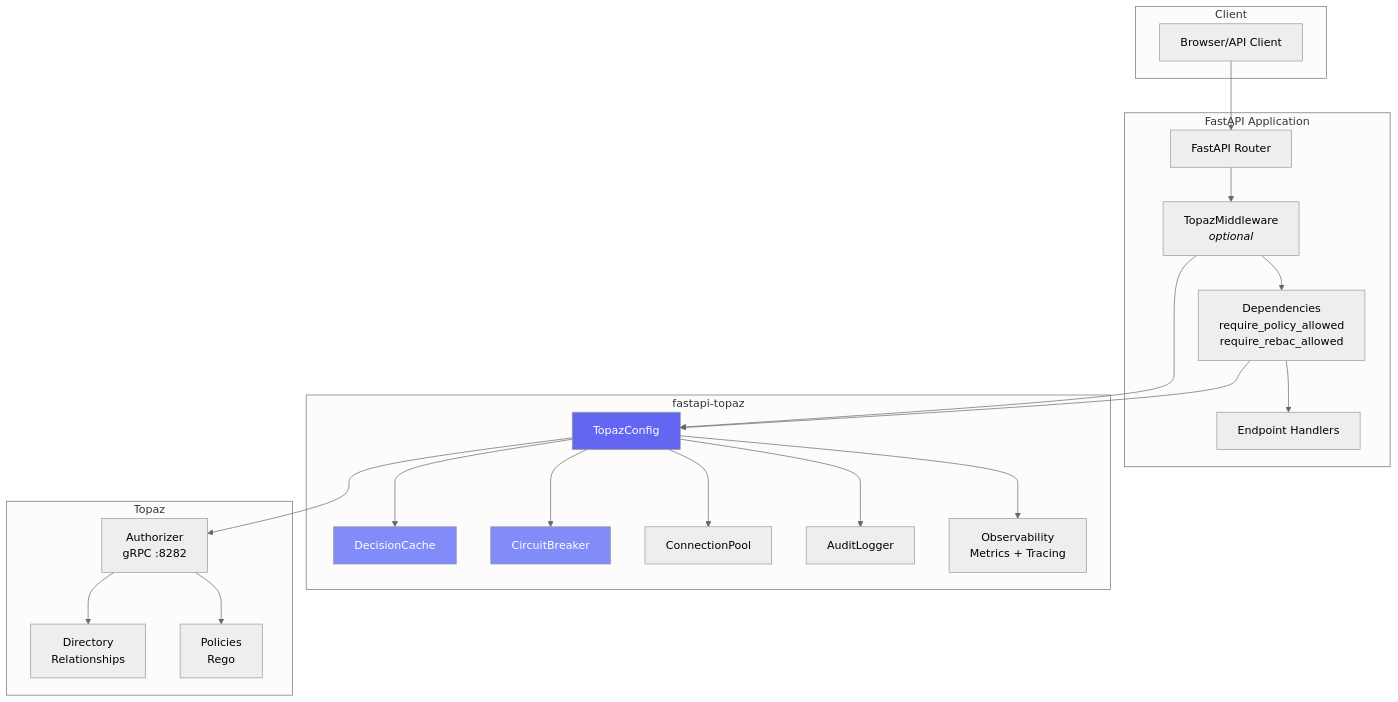
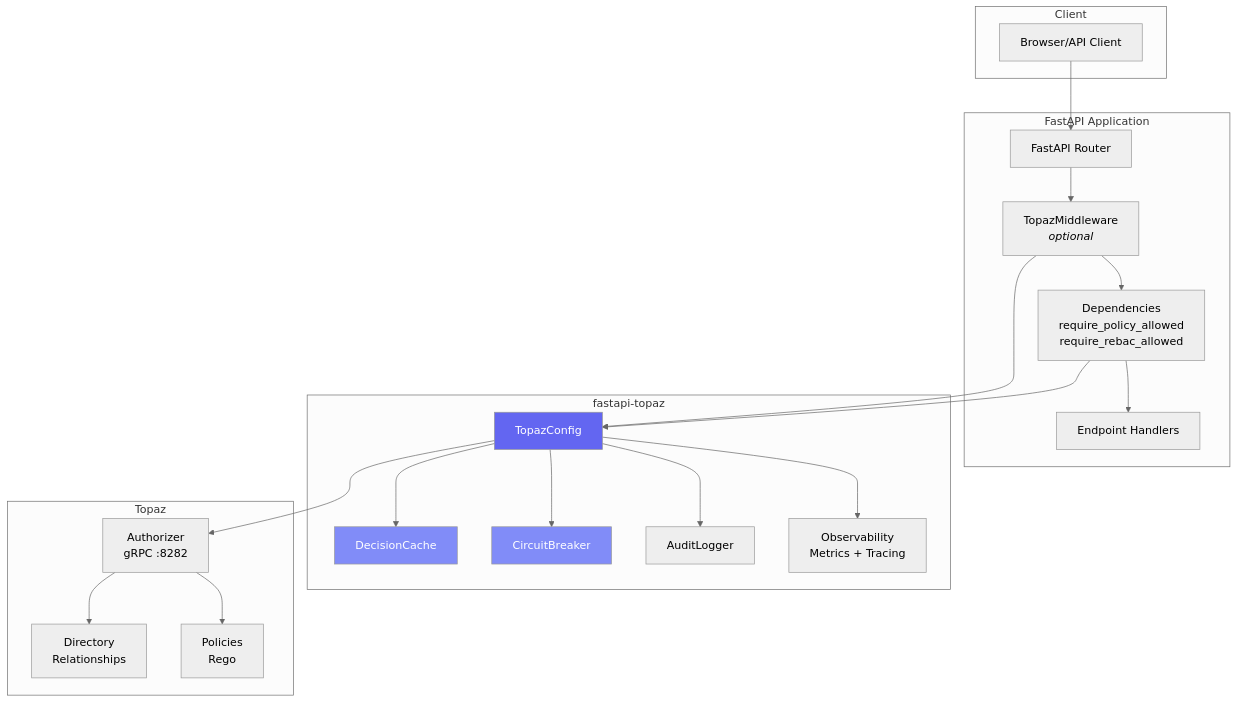
The first of 6 diagrams in docs/explanation/architecture.md (jmanteau/fastapi-topaz), drawn with Mermaid (neutral theme) before and after one commit. The commit also changed other lines of this file and 11 other files, not shown here.

First line of the commit message:
refactor!: remove ConnectionPool

````diff
--- a/docs/explanation/architecture.md
+++ b/docs/explanation/architecture.md
@@ -7,49 +7,47 @@
 ```mermaid
 flowchart TB
     subgraph Client
         B[Browser/API Client]
     end
 
     subgraph FastAPI Application
         F[FastAPI Router]
         M[TopazMiddleware<br/><i>optional</i>]
         D[Dependencies<br/>require_policy_allowed<br/>require_rebac_allowed]
         H[Endpoint Handlers]
     end
 
     subgraph fastapi-topaz
         TC[TopazConfig]
         DC[DecisionCache]
         CB[CircuitBreaker]
-        CP[ConnectionPool]
         AL[AuditLogger]
         OB[Observability<br/>Metrics + Tracing]
     end
 
     subgraph Topaz
         AU[Authorizer<br/>gRPC :8282]
         DS[Directory<br/>Relationships]
         PO[Policies<br/>Rego]
     end
 
     B --> F
     F --> M
     M --> D
     D --> H
 
     TC --> DC
     TC --> CB
-    TC --> CP
     TC --> AL
     TC --> OB
 
     D --> TC
     M --> TC
     TC --> AU
     AU --> DS
     AU --> PO
 
     style TC fill:#6366f1,color:#fff
     style DC fill:#818cf8,color:#fff
     style CB fill:#818cf8,color:#fff
 ```
````
